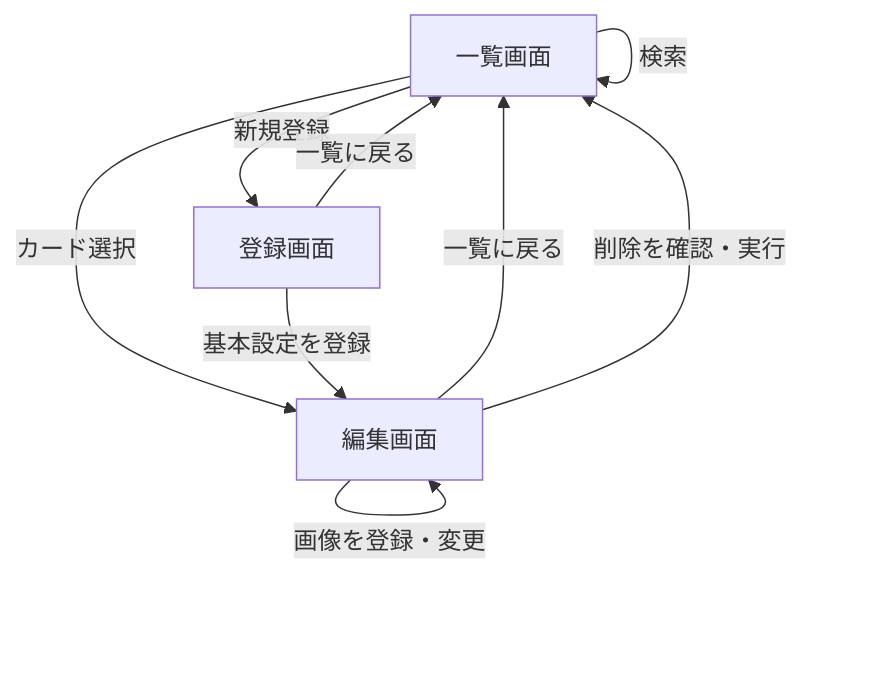
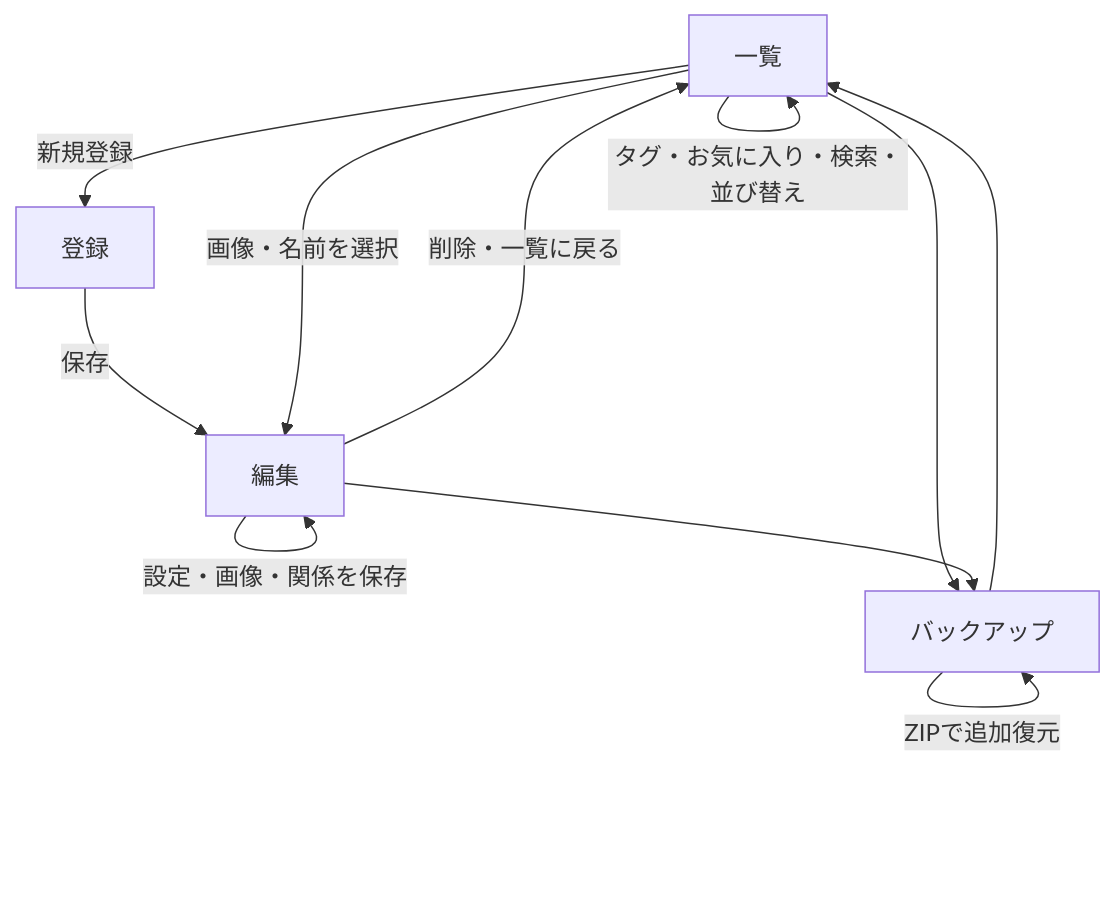
One commit to TennisAbe/AbeYoshihiro changed the second of 2 diagrams in character-manager/docs/基本設計書.md. Above: the diagram before and after it, drawn with Mermaid. The commit also changed other lines of this file and 23 other files, not shown here.

````diff
--- a/character-manager/docs/基本設計書.md
+++ b/character-manager/docs/基本設計書.md
@@ -66,12 +45,13 @@
 ```mermaid
 flowchart TD
-    List[一覧画面] -->|検索| List
-    List -->|新規登録| New[登録画面]
-    List -->|カード選択| Edit[編集画面]
-    New -->|基本設定を登録| Edit
-    New -->|一覧に戻る| List
-    Edit -->|基本設定を保存| Edit
-    Edit -->|画像を登録・変更| Edit
-    Edit -->|一覧に戻る| List
-    Edit -->|削除を確認・実行| List
+    List[一覧] -->|新規登録| New[登録]
+    New -->|保存| Edit[編集]
+    List -->|画像・名前を選択| Edit
+    Edit -->|設定・画像・関係を保存| Edit
+    Edit -->|削除・一覧に戻る| List
+    List -->|タグ・お気に入り・検索・並び替え| List
+    List --> Backup[バックアップ]
+    Edit --> Backup
+    Backup -->|ZIPで追加復元| Backup
+    Backup --> List
 ```
````
